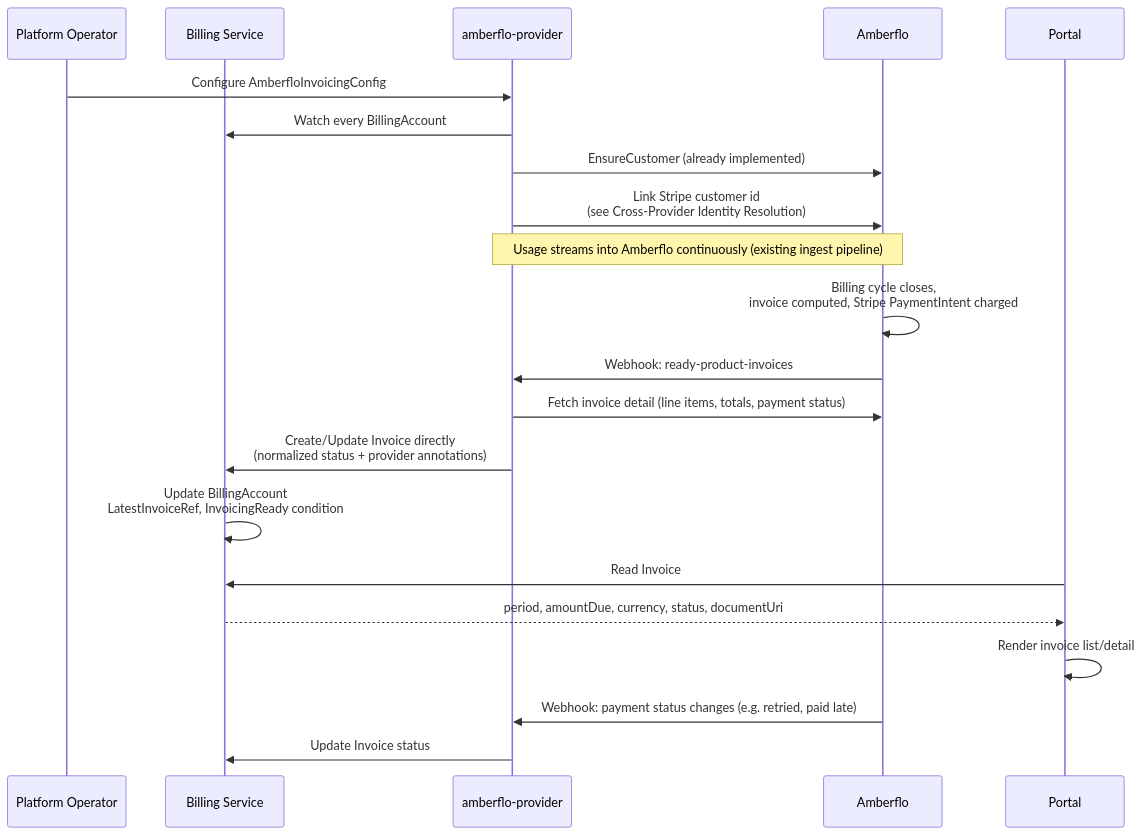
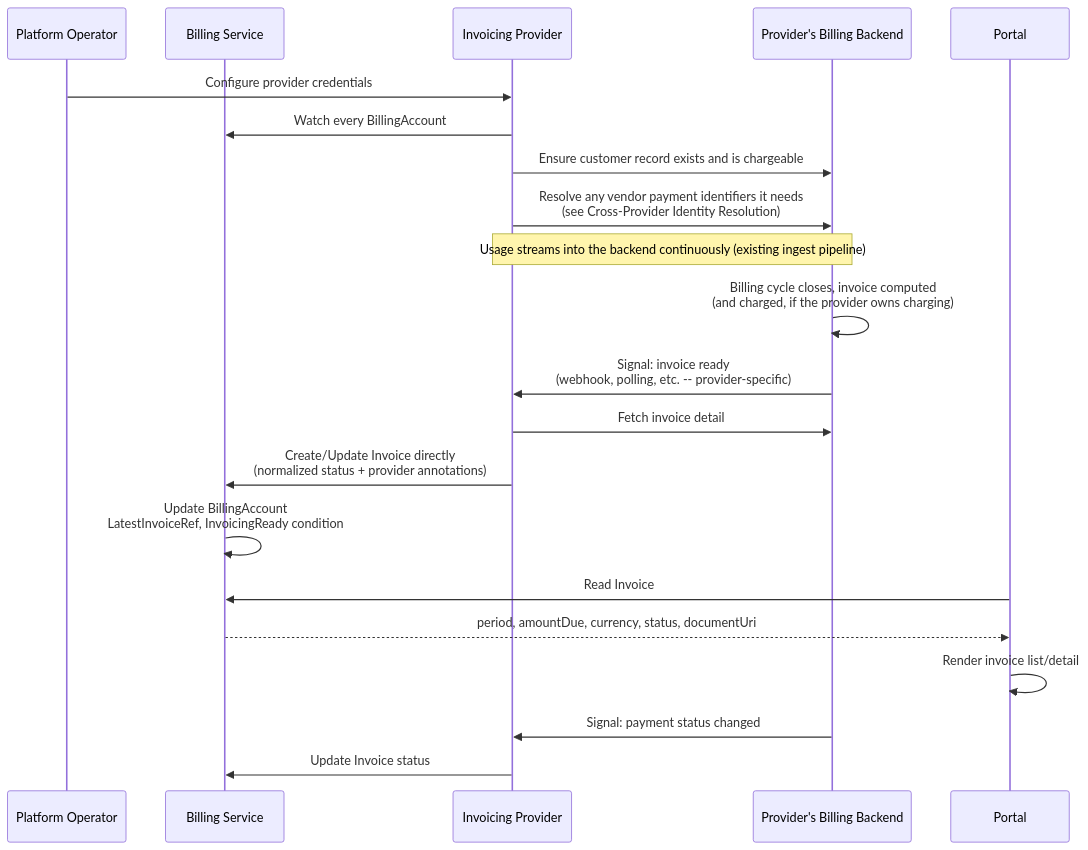
The diagram in docs/enhancements/invoicing.md (milo-os/billing), drawn with Mermaid before and after one commit. The commit also changed other lines of this file, not shown here.

First line of the commit message:
docs: make invoicing enhancement provider-agnostic

````diff
--- a/docs/enhancements/invoicing.md
+++ b/docs/enhancements/invoicing.md
@@ -110,29 +115,29 @@
 ```mermaid
 sequenceDiagram
     participant Ops as Platform Operator
     participant BillingSvc as Billing Service
-    participant AmberfloProv as amberflo-provider
-    participant Amberflo
+    participant Provider as Invoicing Provider
+    participant Backend as Provider's Billing Backend
     participant Portal
 
-    Ops->>AmberfloProv: Configure AmberfloInvoicingConfig
+    Ops->>Provider: Configure provider credentials
 
-    AmberfloProv->>BillingSvc: Watch every BillingAccount
-    AmberfloProv->>Amberflo: EnsureCustomer (already implemented)
-    AmberfloProv->>Amberflo: Link Stripe customer id<br/>(see Cross-Provider Identity Resolution)
+    Provider->>BillingSvc: Watch every BillingAccount
+    Provider->>Backend: Ensure customer record exists and is chargeable
+    Provider->>Backend: Resolve any vendor payment identifiers it needs<br/>(see Cross-Provider Identity Resolution)
 
-    Note over AmberfloProv,Amberflo: Usage streams into Amberflo continuously (existing ingest pipeline)
+    Note over Provider,Backend: Usage streams into the backend continuously (existing ingest pipeline)
 
-    Amberflo->>Amberflo: Billing cycle closes,<br/>invoice computed, Stripe PaymentIntent charged
-    Amberflo->>AmberfloProv: Webhook: ready-product-invoices
-    AmberfloProv->>Amberflo: Fetch invoice detail (line items, totals, payment status)
-    AmberfloProv->>BillingSvc: Create/Update Invoice directly<br/>(normalized status + provider annotations)
+    Backend->>Backend: Billing cycle closes, invoice computed<br/>(and charged, if the provider owns charging)
+    Backend->>Provider: Signal: invoice ready<br/>(webhook, polling, etc. -- provider-specific)
+    Provider->>Backend: Fetch invoice detail
+    Provider->>BillingSvc: Create/Update Invoice directly<br/>(normalized status + provider annotations)
     BillingSvc->>BillingSvc: Update BillingAccount<br/>LatestInvoiceRef, InvoicingReady condition
 
     Portal->>BillingSvc: Read Invoice
     BillingSvc-->>Portal: period, amountDue, currency, status, documentUri
     Portal->>Portal: Render invoice list/detail
 
-    Amberflo->>AmberfloProv: Webhook: payment status changes (e.g. retried, paid late)
-    AmberfloProv->>BillingSvc: Update Invoice status
+    Backend->>Provider: Signal: payment status changed
+    Provider->>BillingSvc: Update Invoice status
 ```
````
